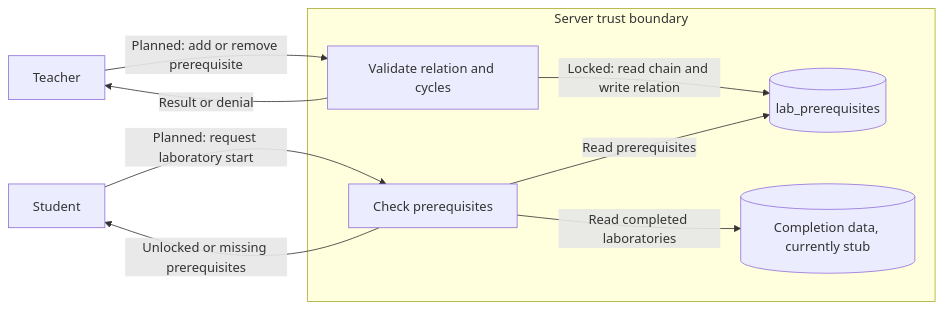
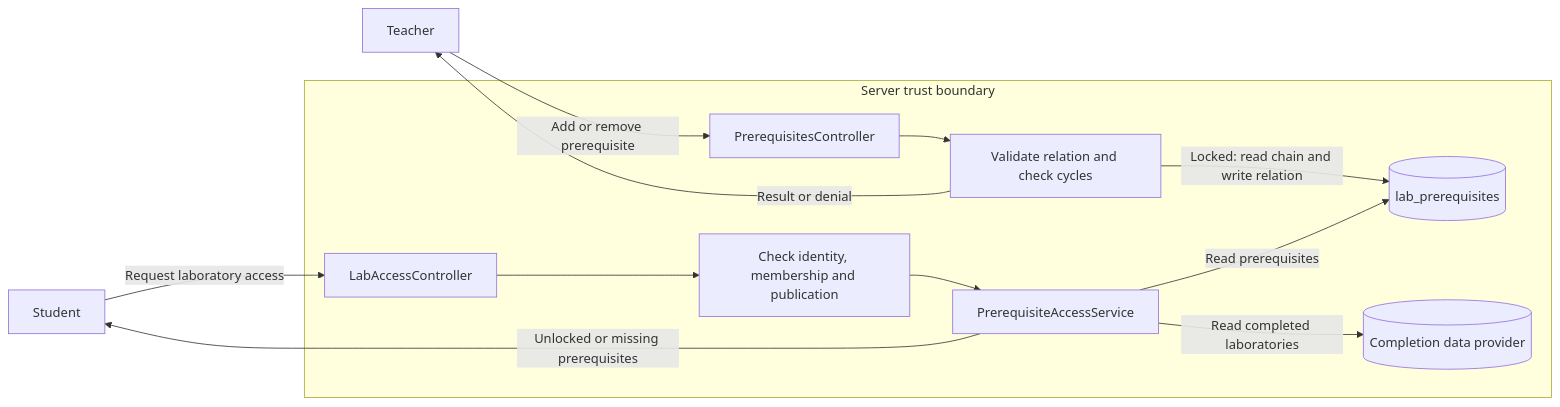
One commit to owlCoder/security-lab changed the second of 2 diagrams in docs/components/LAB-06-prerequisites.md. Above: the diagram before and after it, drawn with Mermaid. The commit also changed other lines of this file and 7 other files, not shown here.

Commit message:
Implement LAB-06 prerequisite access checks

````diff
--- a/docs/components/LAB-06-prerequisites.md
+++ b/docs/components/LAB-06-prerequisites.md
@@ -41,12 +64,18 @@
 ```mermaid
 flowchart LR
-  T[Teacher] -->|Planned: add or remove prerequisite| P1[Validate relation and cycles]
-  S[Student] -->|Planned: request laboratory start| P2[Check prerequisites]
+  T[Teacher] -->|Add or remove prerequisite| API1[PrerequisitesController]
+  S[Student] -->|Request laboratory access| API2[LabAccessController]
+
   subgraph Server[Server trust boundary]
+    API1 --> P1[Validate relation and check cycles]
     P1 -->|Locked: read chain and write relation| D1[(lab_prerequisites)]
-    P2 -->|Read prerequisites| D1
-    P2 -->|Read completed laboratories| D2[(Completion data, currently stub)]
+
+    API2 --> P2[Check identity, membership and publication]
+    P2 --> P3[PrerequisiteAccessService]
+    P3 -->|Read prerequisites| D1
+    P3 -->|Read completed laboratories| D2[(Completion data provider)]
   end
+
   P1 -->|Result or denial| T
-  P2 -->|Unlocked or missing prerequisites| S
+  P3 -->|Unlocked or missing prerequisites| S
 ```
````
